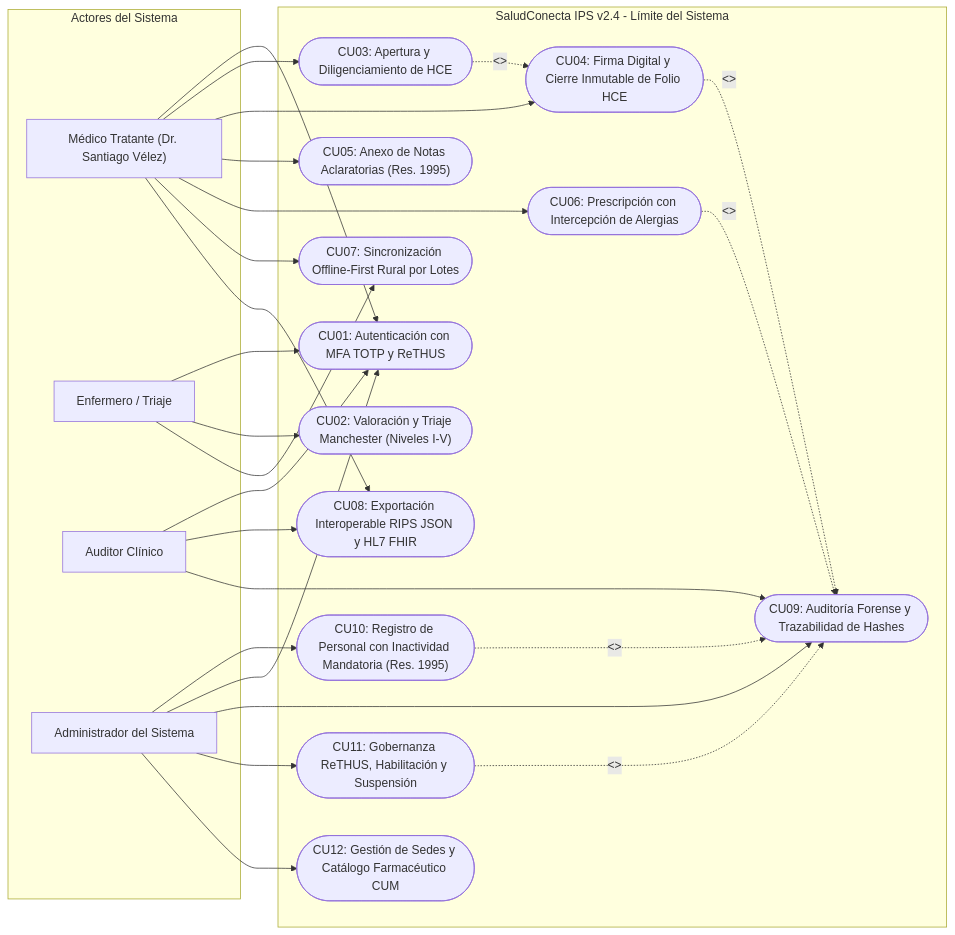
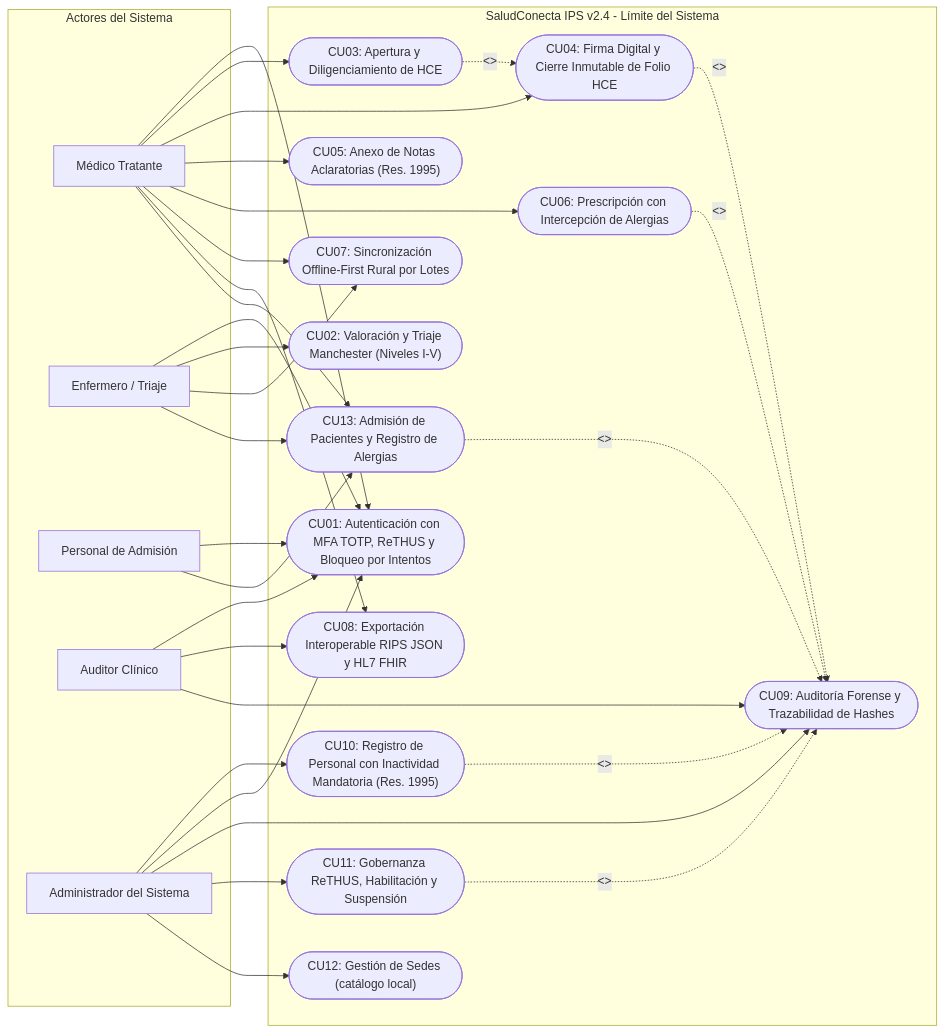
The first of 8 diagrams in README.md (ThiagoVelez/Proyecto_felipe), drawn with Mermaid before and after one commit. The commit also changed other lines of this file and 39 other files, not shown here.

First line of the commit message:
docs: actualizar readme, documentos tecnicos y diagramas tras la auditoria de seguridad

````diff
--- a/README.md
+++ b/README.md
@@ -93,53 +98,61 @@
 ```mermaid
 flowchart LR
     subgraph Actores ["Actores del Sistema"]
-        Medico["Médico Tratante (Dr. Santiago Vélez)"]
+        Medico["Médico Tratante"]
         Enfermero["Enfermero / Triaje"]
+        Admision["Personal de Admisión"]
         Auditor["Auditor Clínico"]
         Admin["Administrador del Sistema"]
     end
 
     subgraph Sistema ["SaludConecta IPS v2.4 - Límite del Sistema"]
-        CU01(["CU01: Autenticación con MFA TOTP y ReTHUS"])
+        CU01(["CU01: Autenticación con MFA TOTP, ReTHUS y Bloqueo por Intentos"])
         CU02(["CU02: Valoración y Triaje Manchester (Niveles I-V)"])
         CU03(["CU03: Apertura y Diligenciamiento de HCE"])
         CU04(["CU04: Firma Digital y Cierre Inmutable de Folio HCE"])
         CU05(["CU05: Anexo de Notas Aclaratorias (Res. 1995)"])
         CU06(["CU06: Prescripción con Intercepción de Alergias"])
         CU07(["CU07: Sincronización Offline-First Rural por Lotes"])
         CU08(["CU08: Exportación Interoperable RIPS JSON y HL7 FHIR"])
         CU09(["CU09: Auditoría Forense y Trazabilidad de Hashes"])
         CU10(["CU10: Registro de Personal con Inactividad Mandatoria (Res. 1995)"])
         CU11(["CU11: Gobernanza ReTHUS, Habilitación y Suspensión"])
-        CU12(["CU12: Gestión de Sedes y Catálogo Farmacéutico CUM"])
+        CU12(["CU12: Gestión de Sedes (catálogo local)"])
+        CU13(["CU13: Admisión de Pacientes y Registro de Alergias"])
     end
 
     Admin --> CU10
     CU10 -.->|"<<include>>"| CU09
 
     Medico --> CU01
     Medico --> CU03
     Medico --> CU04
     Medico --> CU05
     Medico --> CU06
     Medico --> CU07
     Medico --> CU08
+    Medico --> CU13
 
     Enfermero --> CU01
     Enfermero --> CU02
     Enfermero --> CU07
+    Enfermero --> CU13
+
+    Admision --> CU01
+    Admision --> CU13
 
     Auditor --> CU01
     Auditor --> CU08
     Auditor --> CU09
 
     Admin --> CU01
     Admin --> CU09
     Admin --> CU11
     Admin --> CU12
 
     CU11 -.->|"<<include>>"| CU09
     CU04 -.->|"<<include>>"| CU09
     CU06 -.->|"<<include>>"| CU09
     CU03 -.->|"<<include>>"| CU04
+    CU13 -.->|"<<include>>"| CU09
 ```
````
